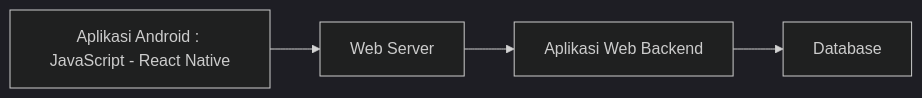
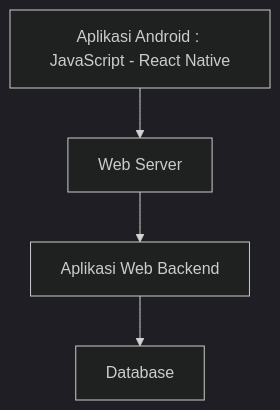
Before and after one commit to fauzanashshidiq/pengenalaninformatika-jahitku: the second of 2 diagrams in uts-job-interview.md, drawn with Mermaid (dark theme).

Commit message:
uts-job-interview.md

````diff
--- a/uts-job-interview.md
+++ b/uts-job-interview.md
@@ -64,10 +64,10 @@
 ```mermaid
-flowchart LR
-    line1["`Aplikasi Android : JavaScript - React Native`"]
-    line2["`Web Server`"]
-    line3["`Aplikasi Web Backend`"]
-    line4["`Database`"]
+flowchart TD
+    line1["Aplikasi Android : JavaScript - React Native"]
+    line2["Web Server"]
+    line3["Aplikasi Web Backend"]
+    line4["Database"]
     line1 --> line2
     line2 --> line3
     line3 --> line4
 ```
````
